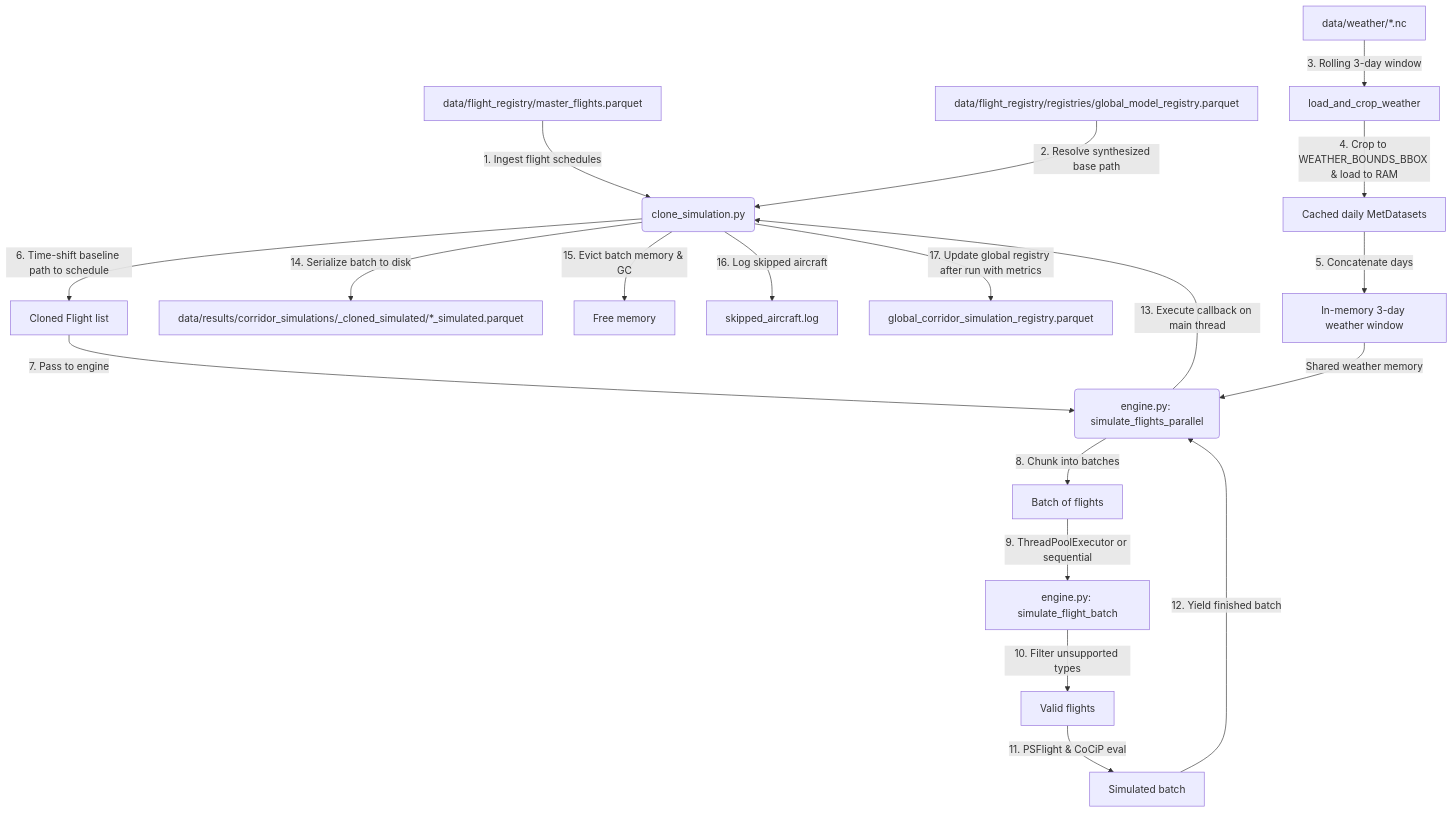
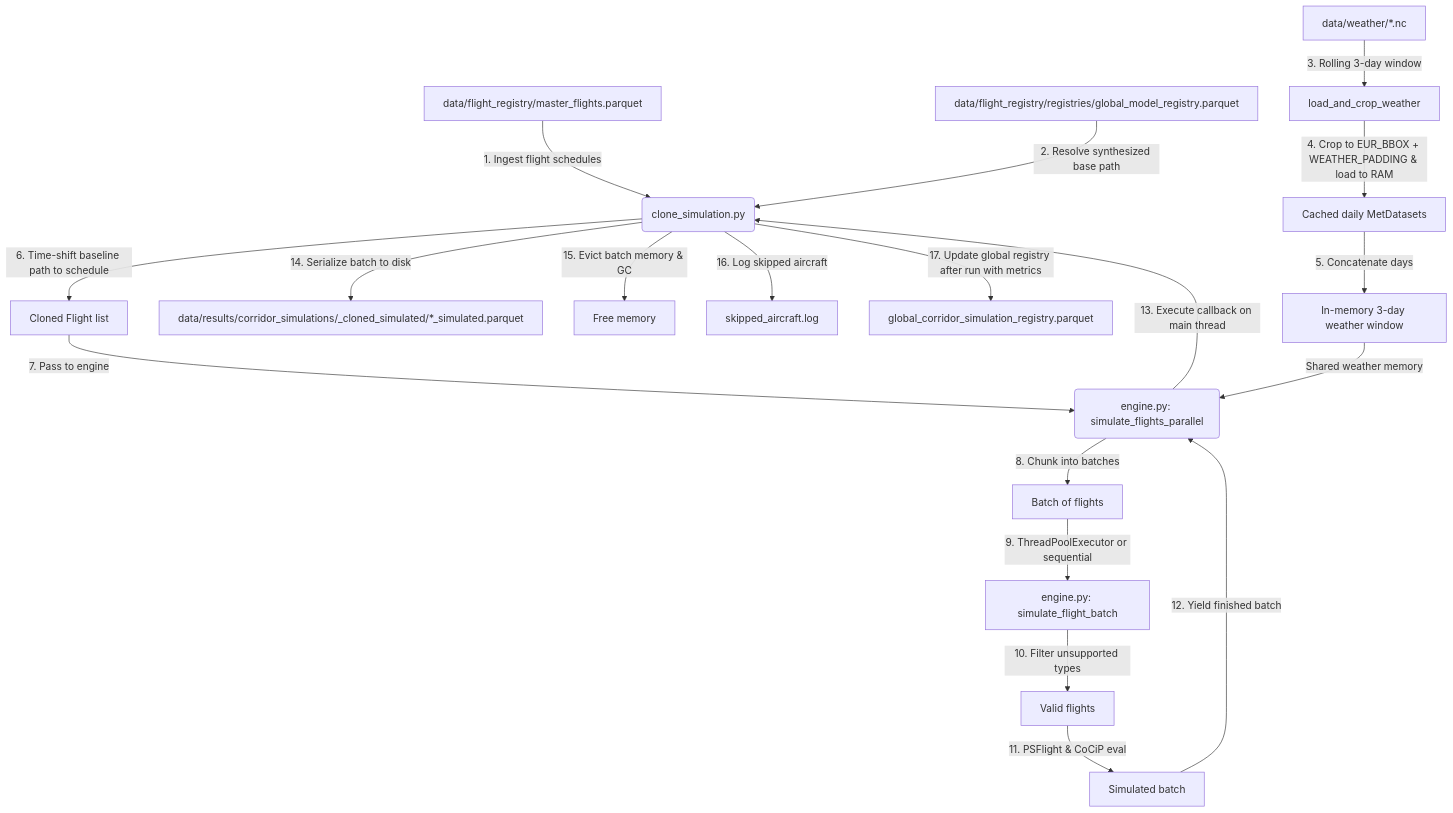
One commit to Bauzement123/flight-physics-pipeline changed the second of 2 diagrams in src/core/physics/README.md. Above: the diagram before and after it, drawn with Mermaid. The commit also changed other lines of this file and 12 other files, not shown here.

Commit message:
feat(acquisition): extract strict BBOX filter to apply_bounds_and_filters.py; update padding constants

````diff
--- a/src/core/physics/README.md
+++ b/src/core/physics/README.md
@@ -112,24 +112,24 @@
 ```mermaid
 graph TD
     A[data/flight_registry/master_flights.parquet] -->|1. Ingest flight schedules| B(clone_simulation.py)
     C[data/flight_registry/registries/global_model_registry.parquet] -->|2. Resolve synthesized base path| B
     D[data/weather/*.nc] -->|3. Rolling 3-day window| E[load_and_crop_weather]
-    E -->|4. Crop to WEATHER_BOUNDS_BBOX & load to RAM| F[Cached daily MetDatasets]
+    E -->|4. Crop to EUR_BBOX + WEATHER_PADDING & load to RAM| F[Cached daily MetDatasets]
     F -->|5. Concatenate days| G[In-memory 3-day weather window]
     
     B -->|6. Time-shift baseline path to schedule| H[Cloned Flight list]
     H -->|7. Pass to engine| I(engine.py: simulate_flights_parallel)
     G -->|Shared weather memory| I
     
     I -->|8. Chunk into batches| J[Batch of flights]
     J -->|9. ThreadPoolExecutor or sequential| K[engine.py: simulate_flight_batch]
     K -->|10. Filter unsupported types| L[Valid flights]
     L -->|11. PSFlight & CoCiP eval| M[Simulated batch]
     
     M -->|12. Yield finished batch| I
     I -->|13. Execute callback on main thread| B
     B -->|14. Serialize batch to disk| N["data/results/corridor_simulations/<route>_cloned_simulated/*_simulated.parquet"]
     B -->|15. Evict batch memory & GC| RAM[Free memory]
     B -->|16. Log skipped aircraft| O[skipped_aircraft.log]
     B -->|17. Update global registry after run with metrics| P[global_corridor_simulation_registry.parquet]
 ```
````
